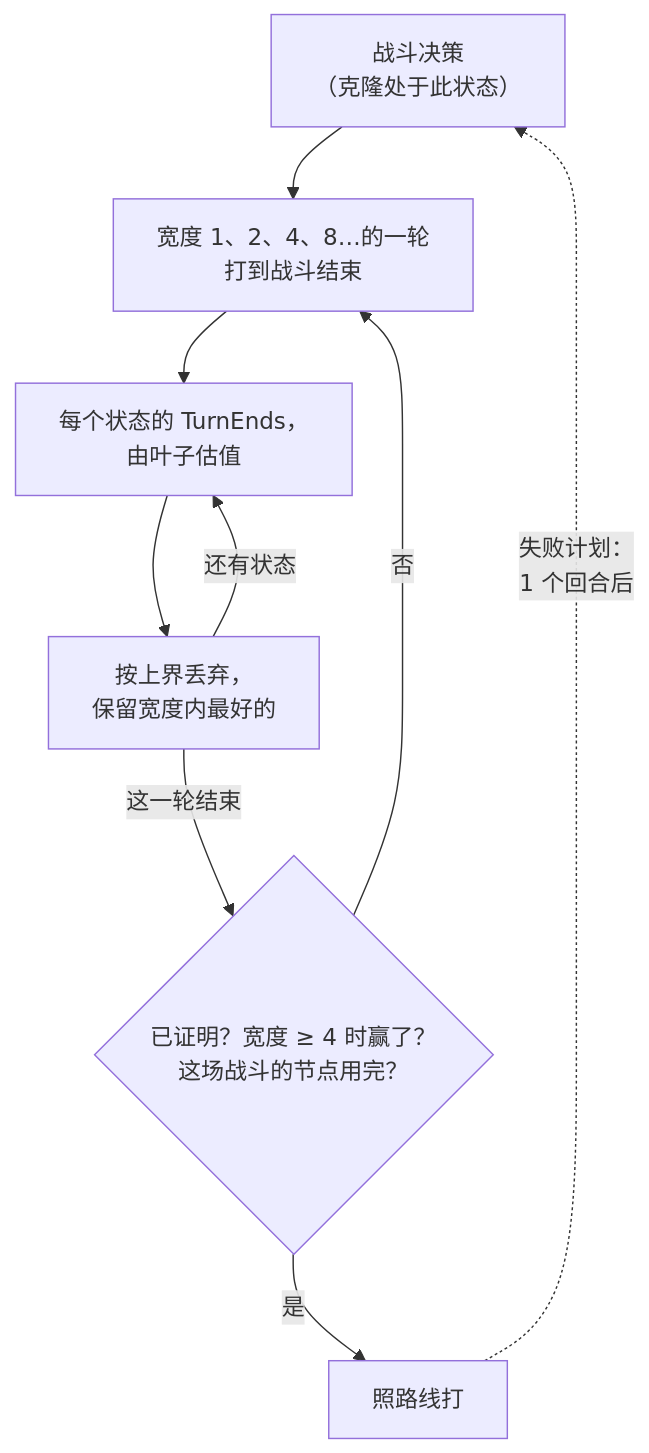
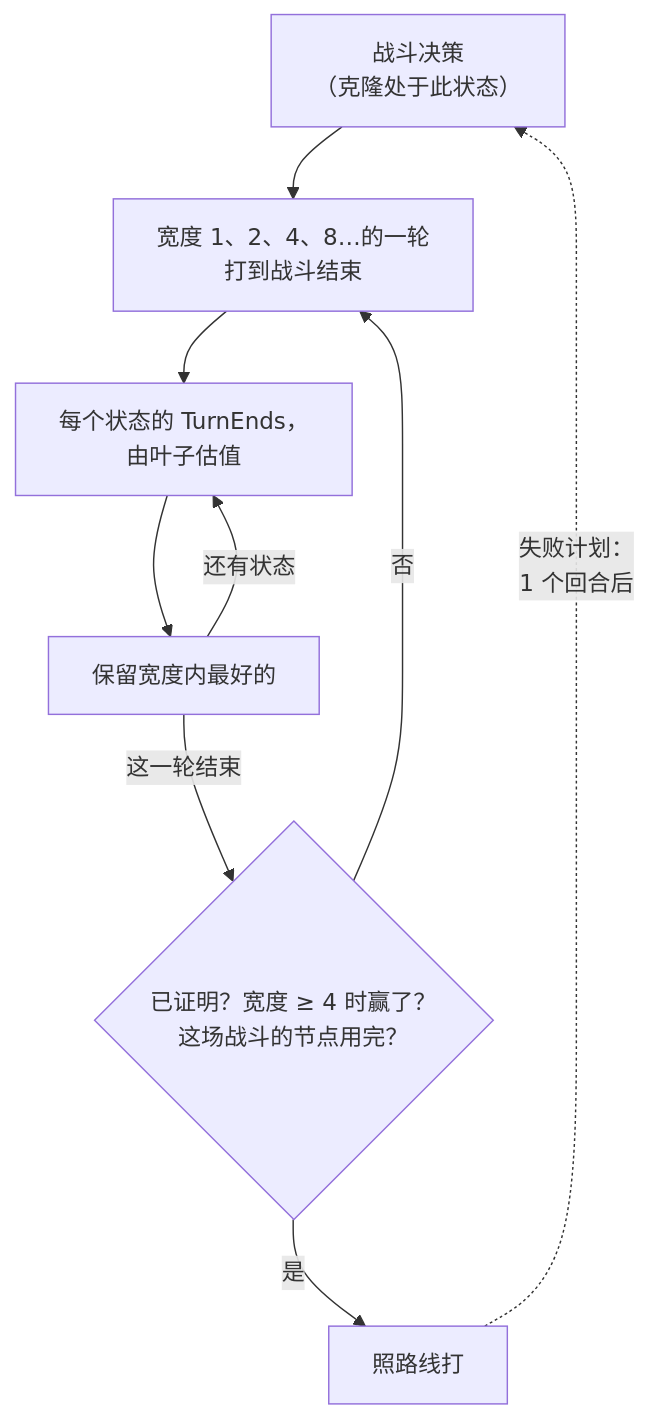
Before and after one commit to shinnku-nikaidou/spire-zero: the second of 2 diagrams in docs/src/content/docs/arch/sl-planner/index.mdx, drawn with Mermaid. The commit also changed other lines of this file and 128 other files, not shown here.

````diff
--- a/docs/src/content/docs/arch/sl-planner/index.mdx
+++ b/docs/src/content/docs/arch/sl-planner/index.mdx
@@ -81,11 +81,11 @@
 ```mermaid
 flowchart TD
   D["战斗决策<br/>（克隆处于此状态）"] --> W["宽度 1、2、4、8…的一轮<br/>打到战斗结束"]
   W --> E["每个状态的 TurnEnds，<br/>由叶子估值"]
-  E --> B["按上界丢弃，<br/>保留宽度内最好的"]
+  E --> B["保留宽度内最好的"]
   B -->|"还有状态"| E
   B -->|"这一轮结束"| S{"已证明？宽度 ≥ 4 时赢了？<br/>这场战斗的节点用完？"}
   S -->|"否"| W
   S -->|"是"| F["照路线打"]
   F -.->|"失败计划：<br/>1 个回合后"| D
 ```
````
